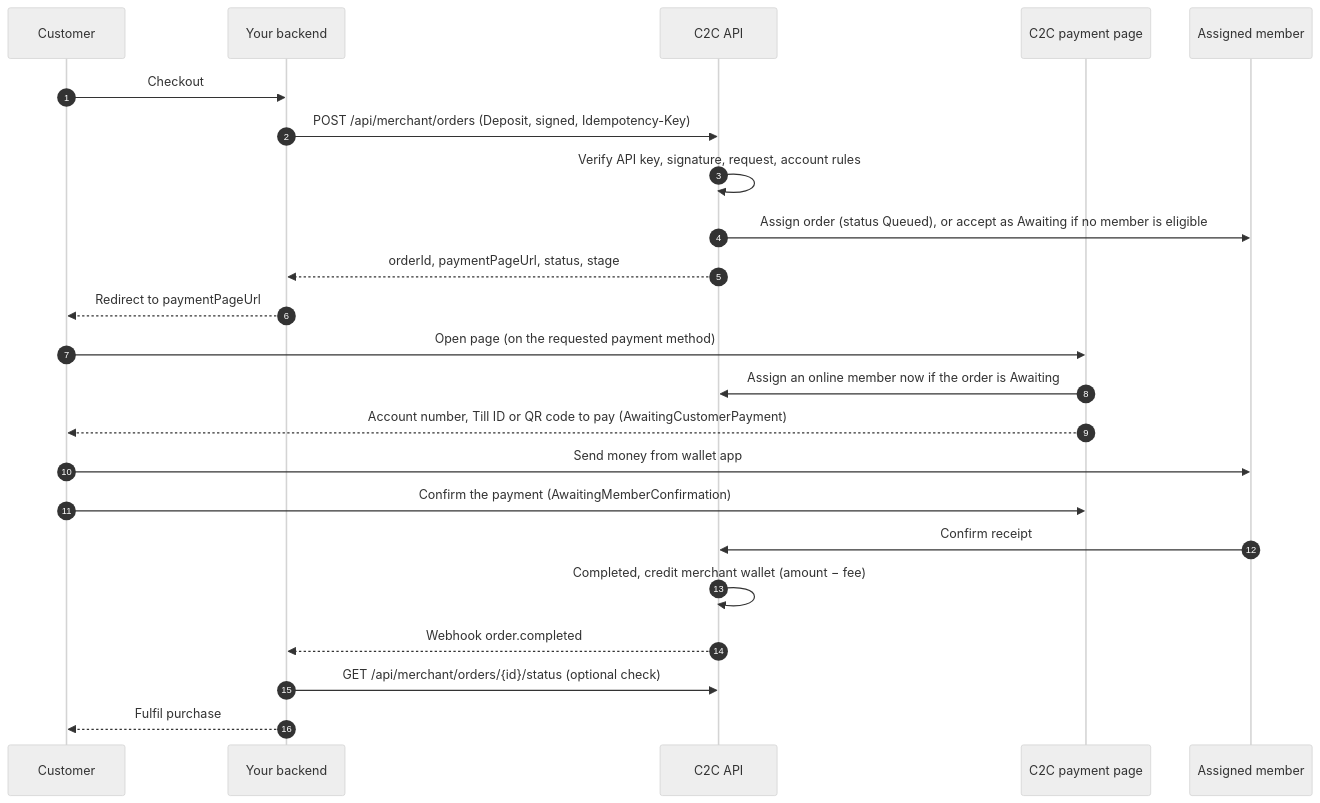
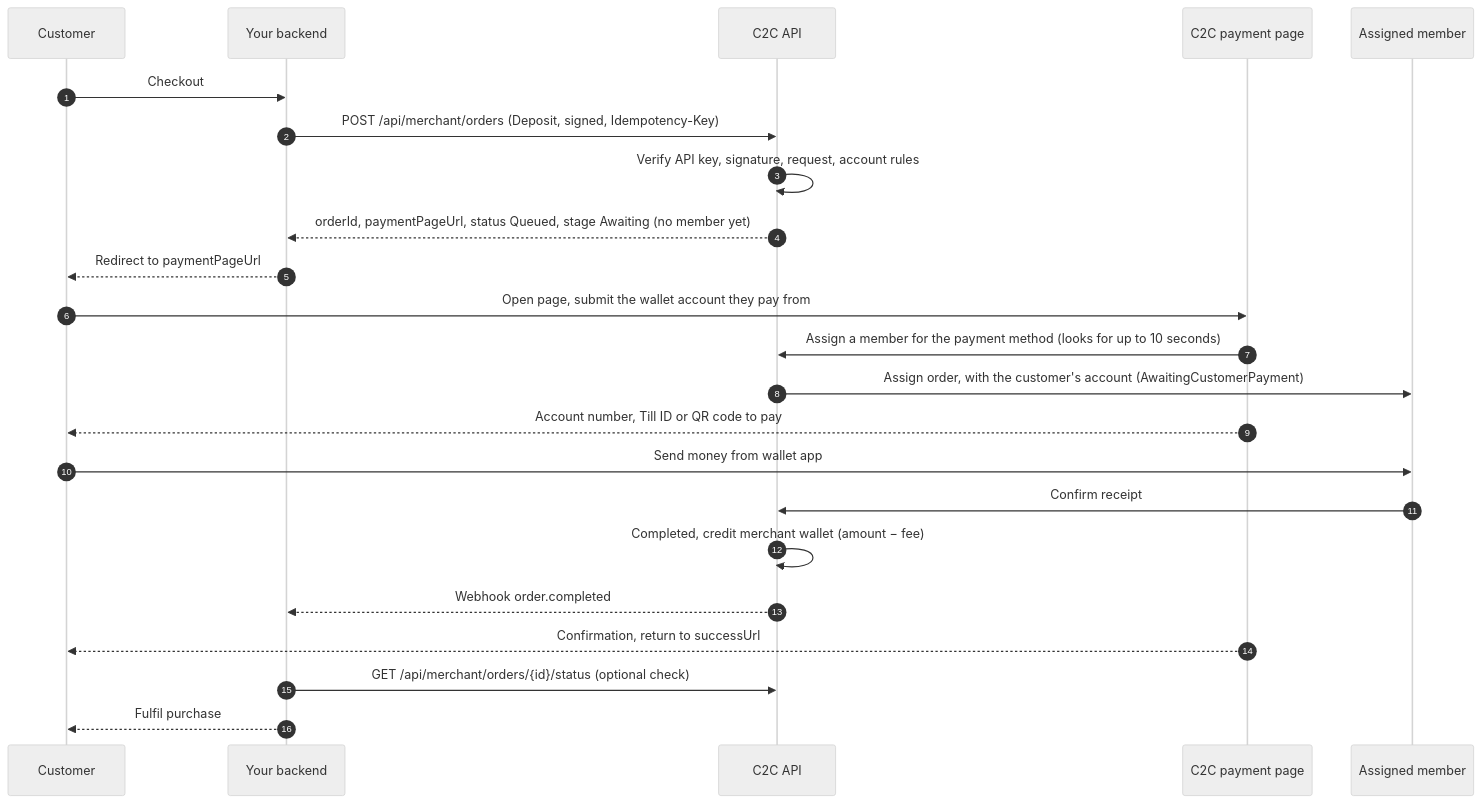
One commit to harisnaseer191/c2c-mintlify-docs changed the first of 2 diagrams in guides/deposit-flow.mdx. Above: the diagram before and after it, drawn with Mermaid (neutral theme). The commit also changed other lines of this file and 14 other files, not shown here.

First line of the commit message:
Document the final checkout and the EasypaisaTillID wallet type (#9)

````diff
--- a/guides/deposit-flow.mdx
+++ b/guides/deposit-flow.mdx
@@ -14,26 +18,26 @@
 ```mermaid
 sequenceDiagram
     autonumber
     participant Customer
     participant Merchant as Your backend
     participant C2C as C2C API
     participant Page as C2C payment page
     participant Member as Assigned member
 
     Customer->>Merchant: Checkout
     Merchant->>C2C: POST /api/merchant/orders (Deposit, signed, Idempotency-Key)
     C2C->>C2C: Verify API key, signature, request, account rules
-    C2C->>Member: Assign order (status Queued), or accept as Awaiting if no member is eligible
-    C2C-->>Merchant: orderId, paymentPageUrl, status, stage
+    C2C-->>Merchant: orderId, paymentPageUrl, status Queued, stage Awaiting (no member yet)
     Merchant-->>Customer: Redirect to paymentPageUrl
-    Customer->>Page: Open page (on the requested payment method)
-    Page->>C2C: Assign an online member now if the order is Awaiting
-    Page-->>Customer: Account number, Till ID or QR code to pay (AwaitingCustomerPayment)
+    Customer->>Page: Open page, submit the wallet account they pay from
+    Page->>C2C: Assign a member for the payment method (looks for up to 10 seconds)
+    C2C->>Member: Assign order, with the customer's account (AwaitingCustomerPayment)
+    Page-->>Customer: Account number, Till ID or QR code to pay
     Customer->>Member: Send money from wallet app
-    Customer->>Page: Confirm the payment (AwaitingMemberConfirmation)
     Member->>C2C: Confirm receipt
     C2C->>C2C: Completed, credit merchant wallet (amount − fee)
     C2C-->>Merchant: Webhook order.completed
+    Page-->>Customer: Confirmation, return to successUrl
     Merchant->>C2C: GET /api/merchant/orders/{id}/status (optional check)
     Merchant-->>Customer: Fulfil purchase
 ```
````
